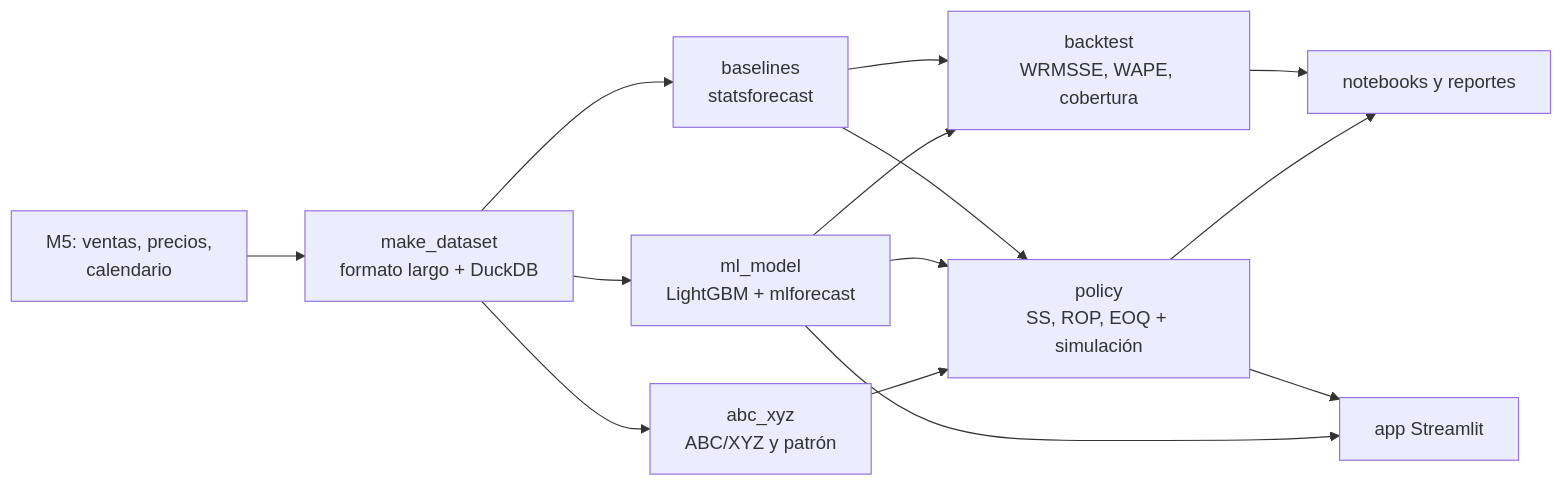
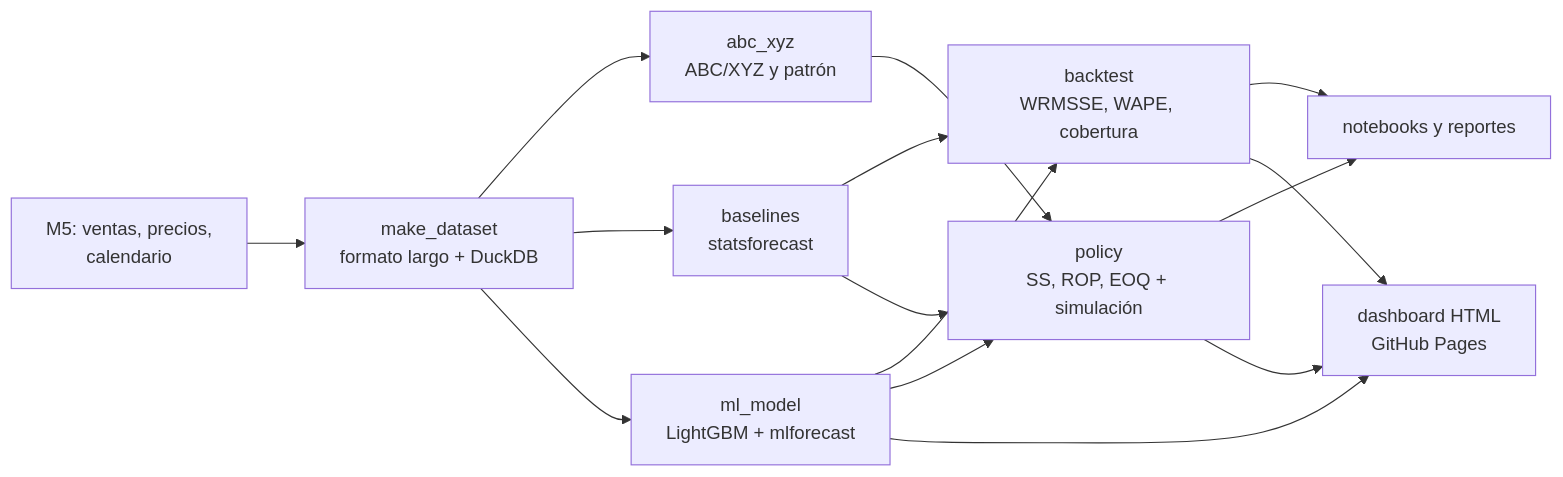
One commit to isaacmartinez23/Pronostico-de-Demanda-y-Politica-de-Inventario changed the diagram in README.md. Above: the diagram before and after it, drawn with Mermaid. The commit also changed other lines of this file and 20 other files, not shown here.

First line of the commit message:
Reemplaza la app de Streamlit por un dashboard estático en GitHub Pages

````diff
--- a/README.md
+++ b/README.md
@@ -78,16 +101,17 @@
 ```mermaid
 flowchart LR
     A[M5: ventas, precios,<br>calendario] --> B[make_dataset<br>formato largo + DuckDB]
     B --> C[abc_xyz<br>ABC/XYZ y patrón]
     B --> D[baselines<br>statsforecast]
     B --> E[ml_model<br>LightGBM + mlforecast]
     D --> F[backtest<br>WRMSSE, WAPE, cobertura]
     E --> F
     D --> G[policy<br>SS, ROP, EOQ + simulación]
     E --> G
     C --> G
     F --> H[notebooks y reportes]
     G --> H
-    G --> I[app Streamlit]
+    G --> I[dashboard HTML<br>GitHub Pages]
     E --> I
+    F --> I
 ```
````
